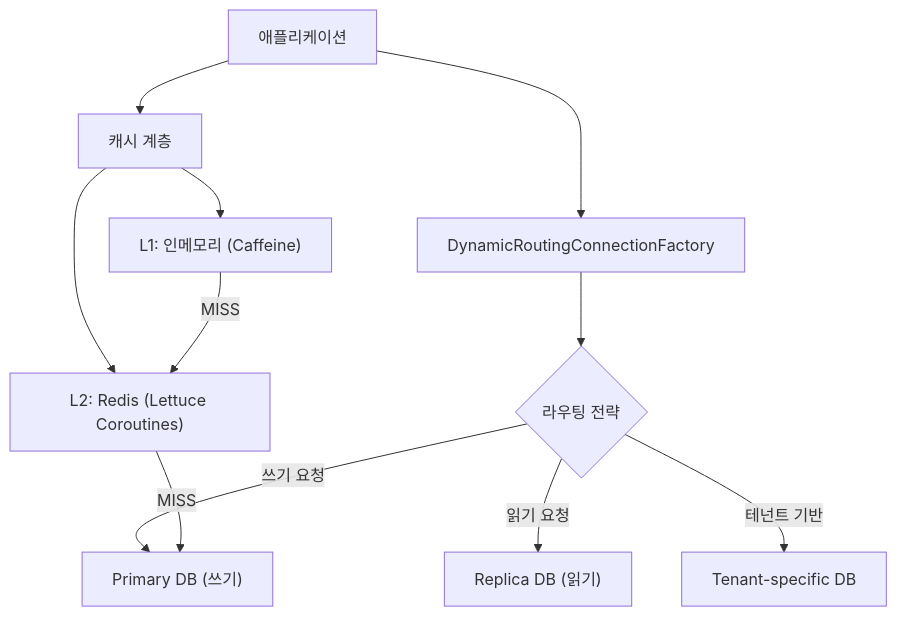
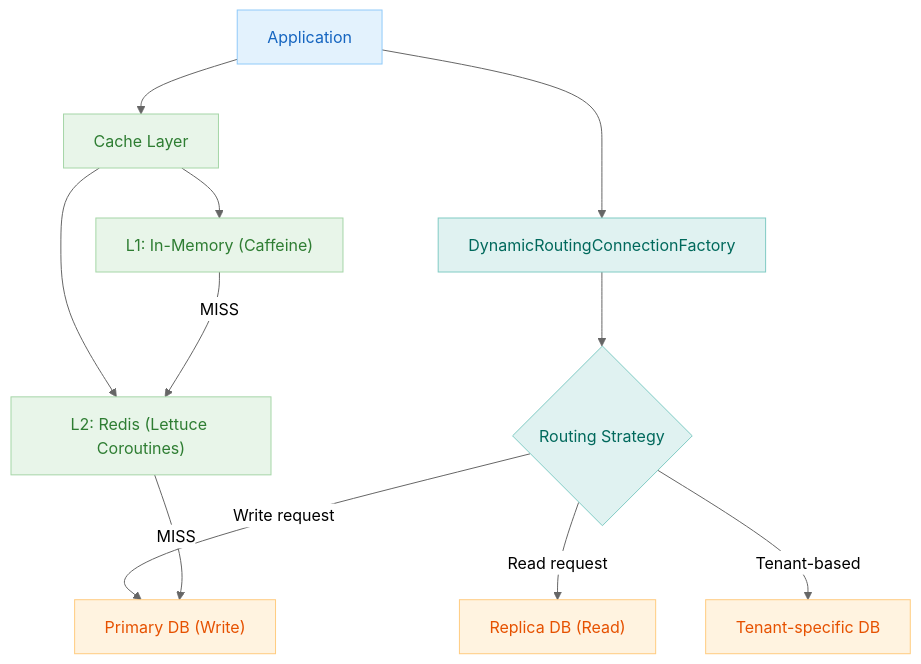
Before and after one commit to bluetape4k/exposed-r2dbc-workshop: the first of 3 diagrams in 11-high-performance/README.md, drawn with Mermaid. The commit also changed other lines of this file and 63 other files, not shown here.

First line of the commit message:
docs: 전 모듈 README Mermaid UML 추가 및 영/한 이중화

````diff
--- a/11-high-performance/README.md
+++ b/11-high-performance/README.md
@@ -8,14 +10,27 @@
 ```mermaid
+%%{init: {"theme": "neutral"}}%%
 flowchart TD
-    App["애플리케이션"] --> CF["DynamicRoutingConnectionFactory"]
-    CF --> Strat{"라우팅 전략"}
-    Strat -->|쓰기 요청| PDB["Primary DB (쓰기)"]
-    Strat -->|읽기 요청| RDB["Replica DB (읽기)"]
-    Strat -->|테넌트 기반| TDB["Tenant-specific DB"]
+    App["Application"] --> CF["DynamicRoutingConnectionFactory"]
+    CF --> Strat{"Routing Strategy"}
+    Strat -->|Write request| PDB["Primary DB (Write)"]
+    Strat -->|Read request| RDB["Replica DB (Read)"]
+    Strat -->|Tenant-based| TDB["Tenant-specific DB"]
 
-    App --> Cache["캐시 계층"]
-    Cache --> L1["L1: 인메모리 (Caffeine)"]
+    App --> Cache["Cache Layer"]
+    Cache --> L1["L1: In-Memory (Caffeine)"]
     Cache --> L2["L2: Redis (Lettuce Coroutines)"]
     L1 -->|MISS| L2
     L2 -->|MISS| PDB
+
+    classDef blue   fill:#E3F2FD,stroke:#90CAF9,color:#1565C0
+    classDef green  fill:#E8F5E9,stroke:#A5D6A7,color:#2E7D32
+    classDef purple fill:#F3E5F5,stroke:#CE93D8,color:#6A1B9A
+    classDef orange fill:#FFF3E0,stroke:#FFCC80,color:#E65100
+    classDef teal   fill:#E0F2F1,stroke:#80CBC4,color:#00695C
+    classDef red    fill:#FFEBEE,stroke:#EF9A9A,color:#C62828
+
+    class App blue
+    class CF,Strat teal
+    class PDB,RDB,TDB orange
+    class Cache,L1,L2 green
 ```
````
